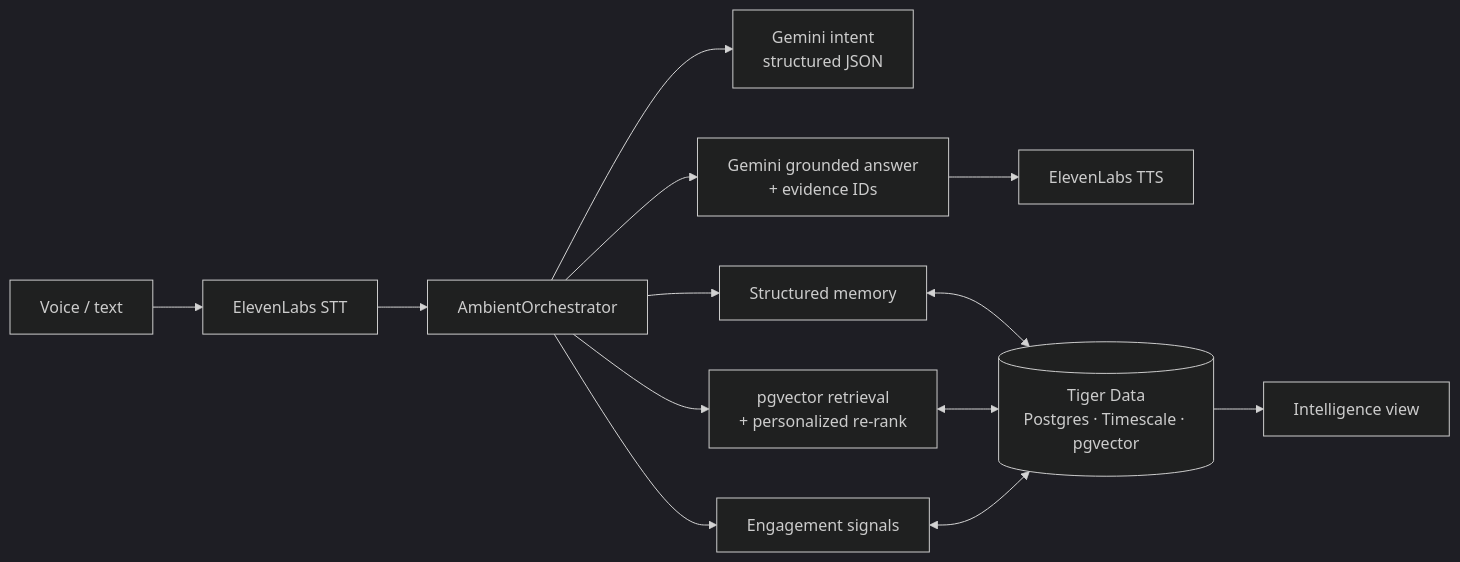
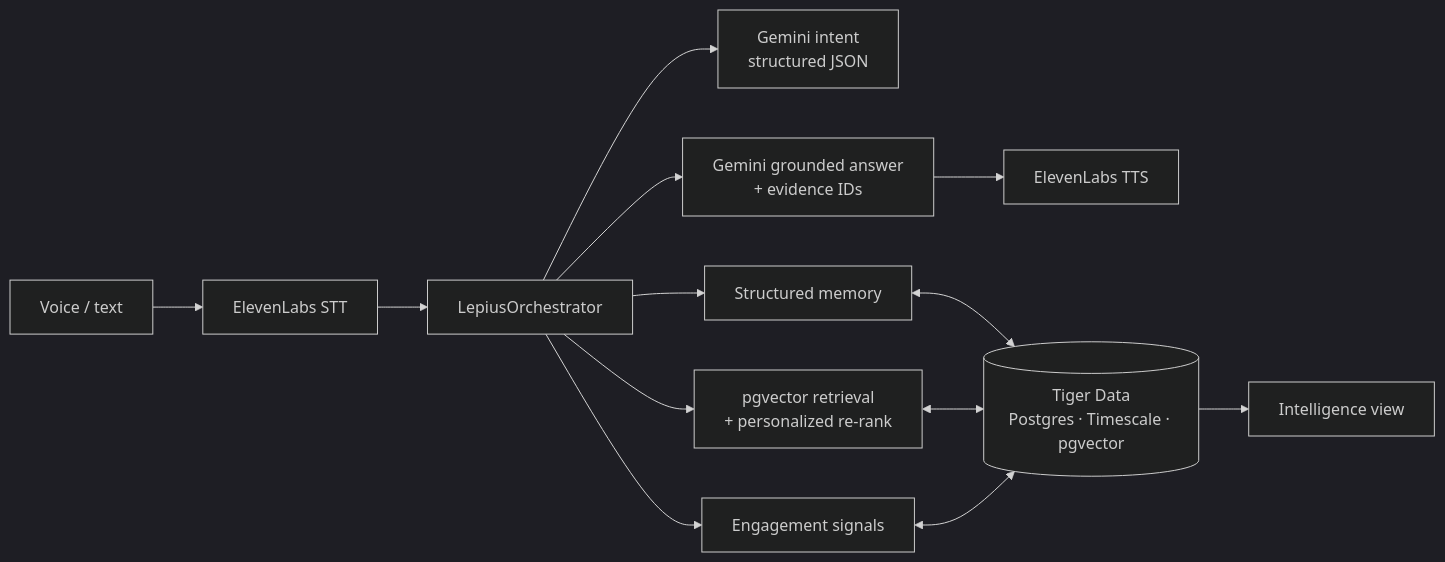
The diagram in README.md (Pikas3/GTHacks13), drawn with Mermaid (dark theme) before and after one commit. The commit also changed other lines of this file and 81 other files, not shown here.

````diff
--- a/README.md
+++ b/README.md
@@ -19,13 +19,13 @@
 ```mermaid
 flowchart LR
     Mic[Voice / text] --> STT[ElevenLabs STT]
-    STT --> Orch[AmbientOrchestrator]
+    STT --> Orch[LepiusOrchestrator]
     Orch --> Intent[Gemini intent<br/>structured JSON]
     Orch --> Mem[Structured memory]
     Orch --> Ret[pgvector retrieval<br/>+ personalized re-rank]
     Orch --> Gen[Gemini grounded answer<br/>+ evidence IDs]
     Gen --> TTS[ElevenLabs TTS]
     Orch --> Sig[Engagement signals]
     Mem & Ret & Sig <--> TD[(Tiger Data<br/>Postgres · Timescale · pgvector)]
     TD --> Intel[Intelligence view]
 ```
````
